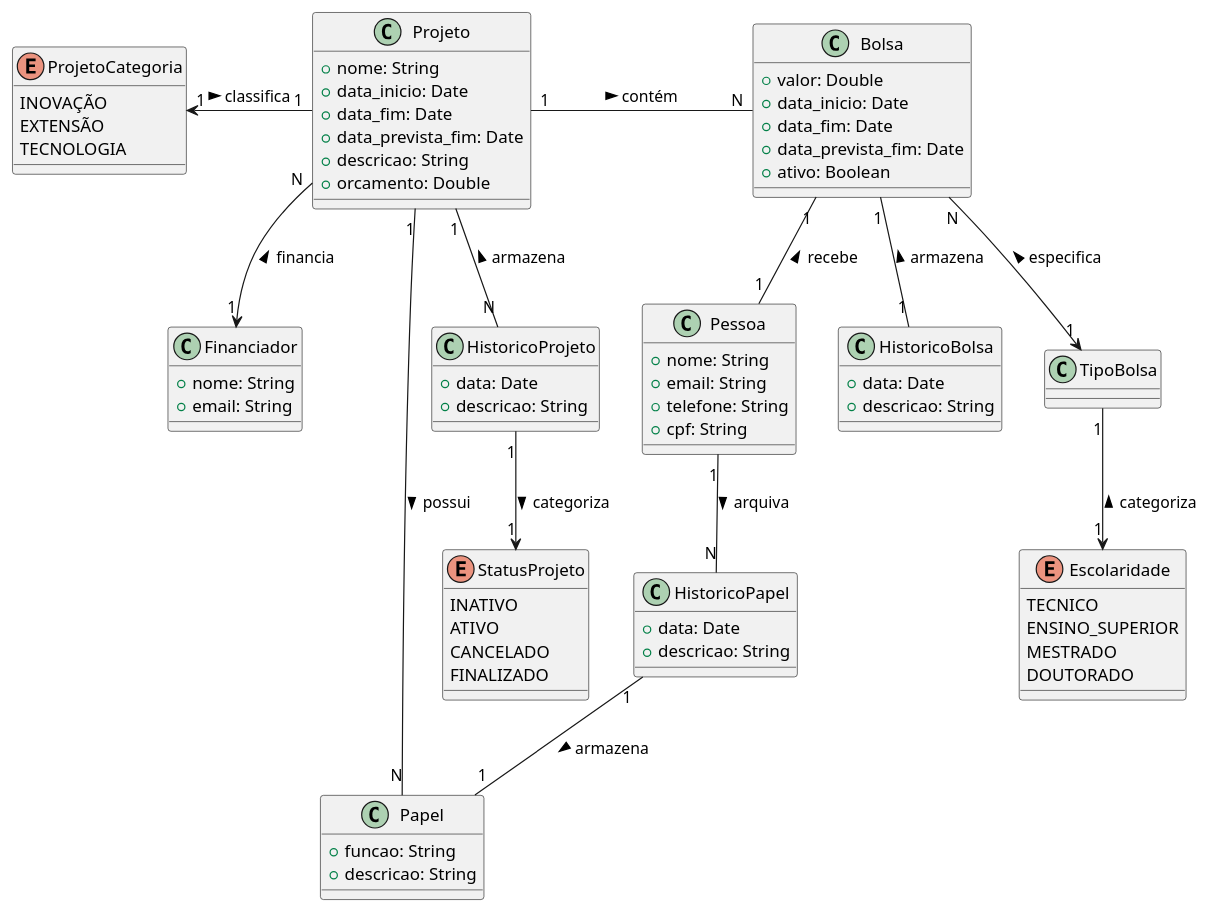
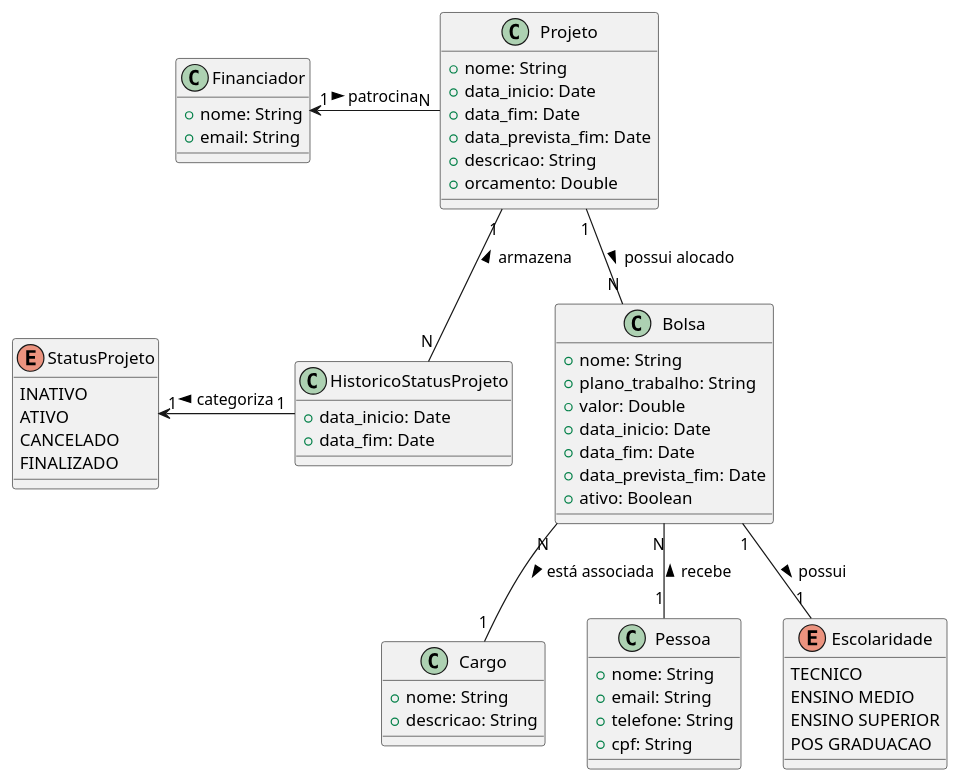
One commit to sofialctv/coLAB changed the diagram in diagramas/diagrama-classe.plantuml. Above: the diagram before and after it, drawn with PlantUML. The commit also changed 14 other files, not shown here.

Commit message:
docs: atualizando diagramas

```diff
--- a/diagramas/diagrama-classe.plantuml
+++ b/diagramas/diagrama-classe.plantuml
@@ -1,96 +1,70 @@
-@startuml
+@startuml diagrama-classe
+
 class Projeto {
   +nome: String
   +data_inicio: Date
   +data_fim: Date  
   +data_prevista_fim: Date
   +descricao: String
   +orcamento: Double
 }
 
-
-enum ProjetoCategoria {
-    INOVAÇÃO
-    EXTENSÃO
-    TECNOLOGIA
-}
-
 class Financiador {
   +nome: String
   +email: String
 }
 
-class Papel {
-  +funcao: String
+class Cargo {
+  +nome: String
   +descricao: String
 }
 
 class Pessoa {
   +nome: String
   +email: String
   +telefone: String
   +cpf: String
 }
 
-class HistoricoBolsa {
-  +data: Date
-  +descricao: String
-}
-
-
-class HistoricoProjeto {
-  +data: Date
-  +descricao: String
-}
-
-class HistoricoPapel{
-  +data: Date
-  +descricao: String
-}
-
-
-class Bolsa {
-  +valor: Double
+class HistoricoStatusProjeto {
   +data_inicio: Date
   +data_fim: Date  
-  +data_prevista_fim: Date
-  +ativo: Boolean
-}
-
-class TipoBolsa {
-  
 }
 
 enum StatusProjeto{
   INATIVO
   ATIVO
   CANCELADO
   FINALIZADO
 }
 
+class Bolsa {
+  +nome: String
+  +plano_trabalho: String
+  +valor: Double
+  +data_inicio: Date
+  +data_fim: Date  
+  +data_prevista_fim: Date
+  +ativo: Boolean
+}
+
 enum Escolaridade {
     TECNICO
-    ENSINO_SUPERIOR
-    MESTRADO
-    DOUTORADO
+    ENSINO MEDIO
+    ENSINO SUPERIOR
+    POS GRADUACAO
 }
 
-Projeto "1" -l-> "1" ProjetoCategoria : classifica <  
-Projeto "1" -r- "N" Bolsa: contém >
-Projeto "N" --> "1" Financiador : financia <
-Projeto "1" -- "N" HistoricoProjeto : armazena <
-Projeto "1" -- "N" Papel : possui >
+Projeto "1" -- "N" Bolsa: possui alocado >
+Projeto "N" -l-> "1" Financiador : patrocina <
 
-HistoricoProjeto "1" --> "1" StatusProjeto : categoriza >
+Projeto "1" -- "N" HistoricoStatusProjeto : armazena <
+HistoricoStatusProjeto "1" -l-> "1" StatusProjeto : categoriza >
 
-Bolsa "1" -- "1" HistoricoBolsa : armazena <
-Bolsa "1" -- "1" Pessoa : recebe <
-Bolsa "N" --> "1" TipoBolsa : especifica <
+Bolsa "N" -- "1" Pessoa : recebe <
+Bolsa "1" -- "1" Escolaridade : possui >
 
-TipoBolsa "1" --> "1" Escolaridade : categoriza <
+Bolsa "N" -- "1" Cargo : está associada >
 
 
-Pessoa "1" -- "N" HistoricoPapel : arquiva >
-
-HistoricoPapel "1" -- "1" Papel : armazena >
 @enduml
```
